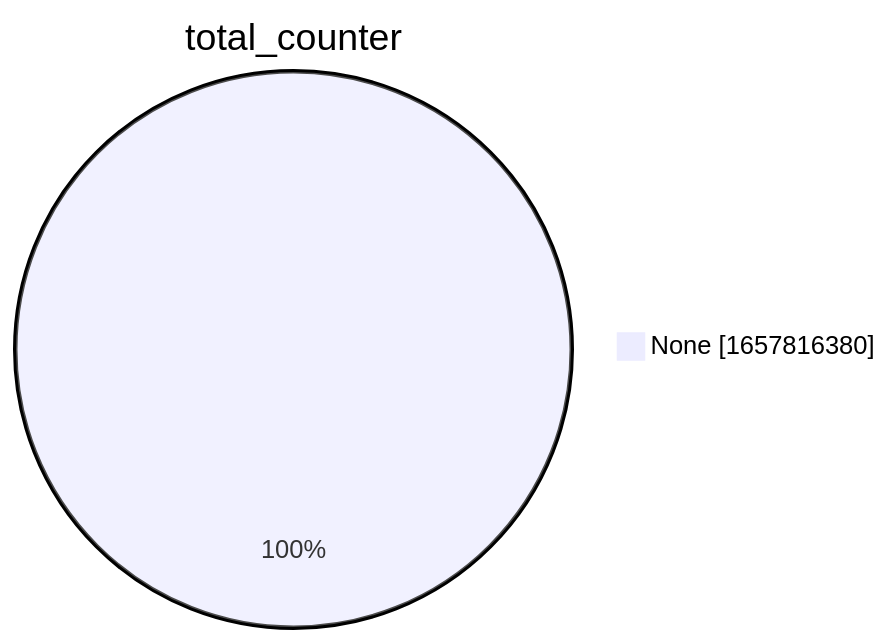
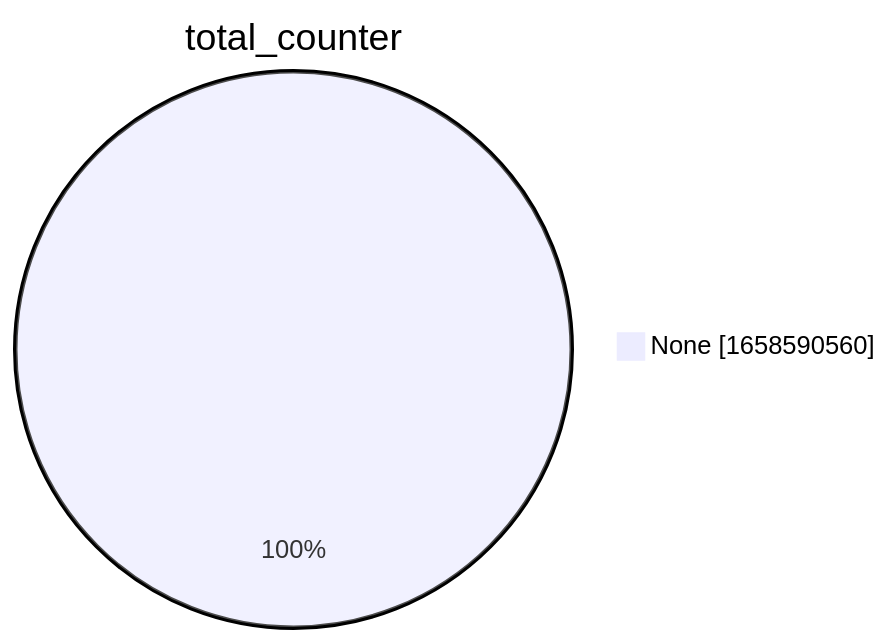
Before and after one commit to christiankrug/ctmonitor_visualization: the second of 15 diagrams in xenon2022/README.md, drawn with Mermaid. The commit also changed other lines of this file, not shown here.

````diff
--- a/xenon2022/README.md
+++ b/xenon2022/README.md
@@ -9,5 +9,5 @@
 ```mermaid
 pie showData
 title total_counter
-"None" :1657816380
+"None" :1658590560
 ```
````
